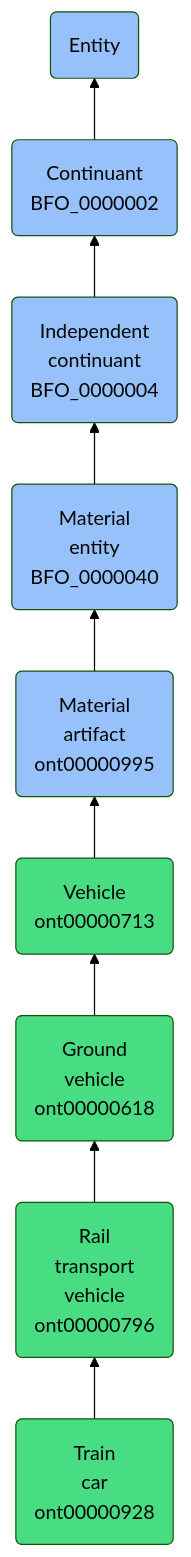
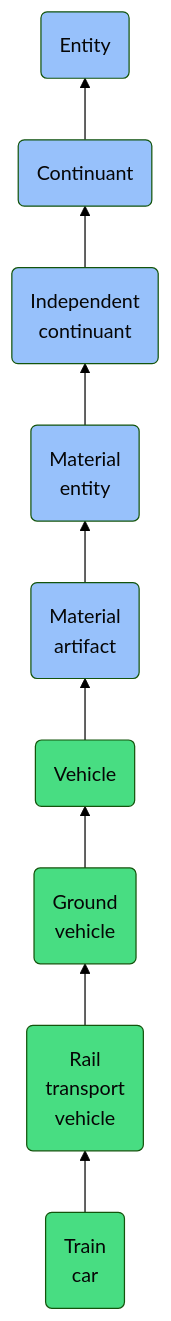
Before and after one commit to jupyter-naas/abi: the diagram in docs/ontology/reference/model/Entity/Continuant/Independent continuant/Material entity/Material artifact/Vehicle/Ground vehicle/Rail transport vehicle/Train car/Train car.md, drawn with Mermaid (forest theme). The commit also changed other lines of this file and 1430 other files, not shown here.

````diff
--- a/docs/ontology/reference/model/Entity/Continuant/Independent continuant/Material entity/Material artifact/Vehicle/Ground vehicle/Rail transport vehicle/Train car/Train car.md
+++ b/docs/ontology/reference/model/Entity/Continuant/Independent continuant/Material entity/Material artifact/Vehicle/Ground vehicle/Rail transport vehicle/Train car/Train car.md
@@ -24,16 +24,16 @@
 ```mermaid
 graph BT
-    ont00000928(Train<br>car<br>ont00000928):::ABI-->ont00000796
-    ont00000796(Rail<br>transport<br>vehicle<br>ont00000796):::ABI-->ont00000618
-    ont00000618(Ground<br>vehicle<br>ont00000618):::ABI-->ont00000713
-    ont00000713(Vehicle<br>ont00000713):::ABI-->ont00000995
-    ont00000995(Material<br>artifact<br>ont00000995):::BFO-->BFO_0000040
-    BFO_0000040(Material<br>entity<br>BFO_0000040):::BFO-->BFO_0000004
-    BFO_0000004(Independent<br>continuant<br>BFO_0000004):::BFO-->BFO_0000002
-    BFO_0000002(Continuant<br>BFO_0000002):::BFO-->BFO_0000001
+    ont00000928(Train<br>car):::ABI-->ont00000796
+    ont00000796(Rail<br>transport<br>vehicle):::ABI-->ont00000618
+    ont00000618(Ground<br>vehicle):::ABI-->ont00000713
+    ont00000713(Vehicle):::ABI-->ont00000995
+    ont00000995(Material<br>artifact):::BFO-->BFO_0000040
+    BFO_0000040(Material<br>entity):::BFO-->BFO_0000004
+    BFO_0000004(Independent<br>continuant):::BFO-->BFO_0000002
+    BFO_0000002(Continuant):::BFO-->BFO_0000001
     BFO_0000001(Entity):::BFO
     
     classDef BFO fill:#97c1fb,color:#060606
     classDef CCO fill:#e4c51e,color:#060606
     classDef ABI fill:#48DD82,color:#060606
 ```
````
